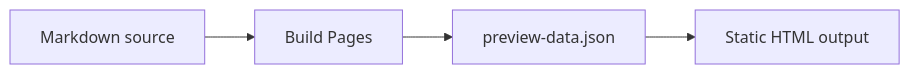
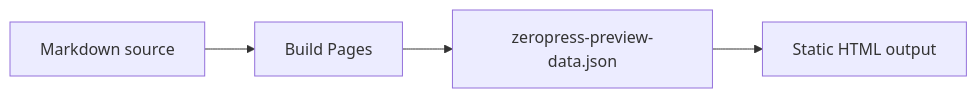
Before and after one commit to zeropress-app/build-pages.zeropress.dev: the diagram in documents/guides/markdown/examples.md, drawn with Mermaid. The commit also changed 4 other files, not shown here.

Commit message:
docs: use SchemaStore links for current schemas

````diff
--- a/documents/guides/markdown/examples.md
+++ b/documents/guides/markdown/examples.md
@@ -159,6 +159,6 @@
 ```mermaid
 flowchart LR
   source["Markdown source"] --> build["Build Pages"]
-  build --> data["preview-data.json"]
+  build --> data["zeropress-preview-data.json"]
   data --> site["Static HTML output"]
 ```
````
